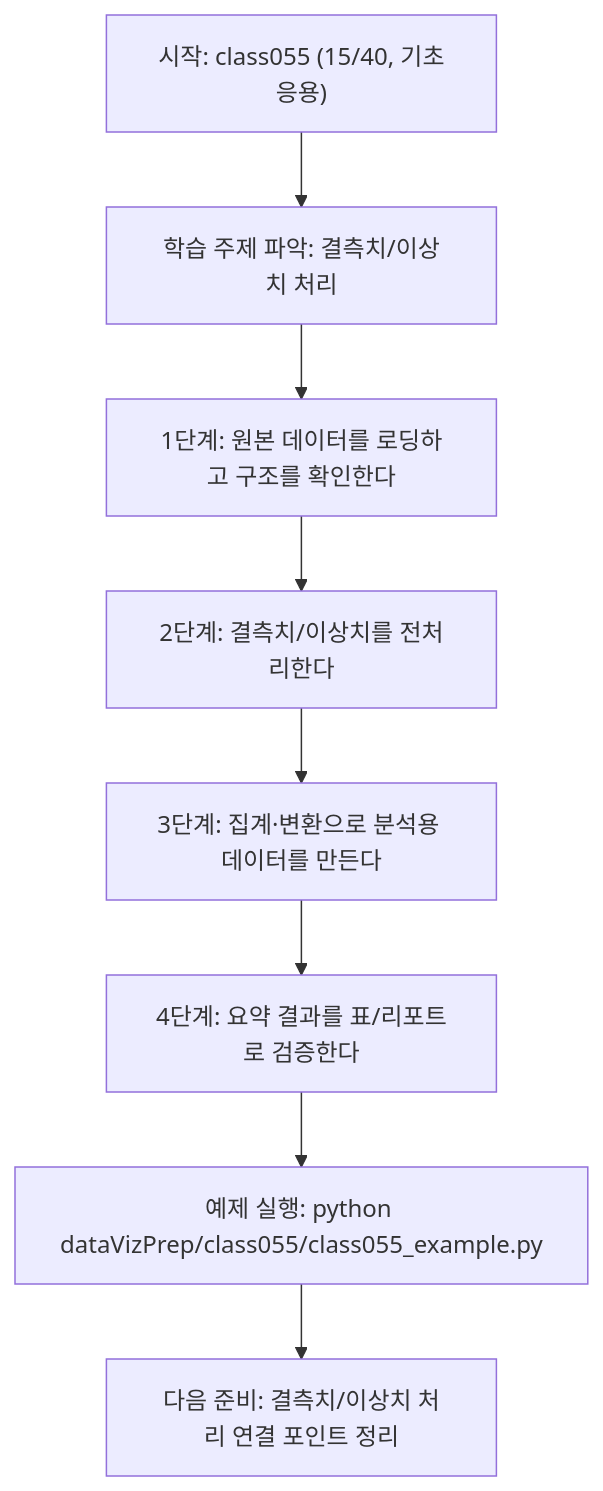
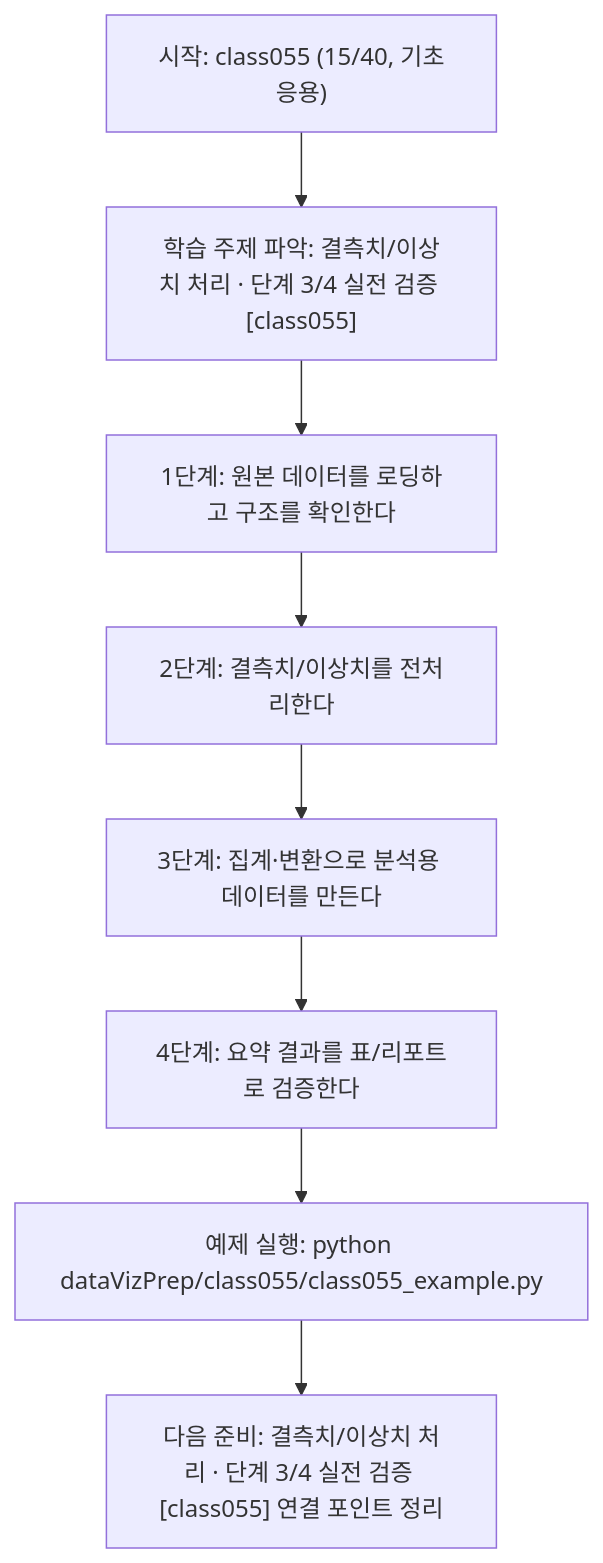
One commit to edumgt/Python-AI_Agent-Class changed the diagram in dataVizPrep/class055/class055.md. Above: the diagram before and after it, drawn with Mermaid. The commit also changed other lines of this file and 522 other files, not shown here.

````diff
--- a/dataVizPrep/class055/class055.md
+++ b/dataVizPrep/class055/class055.md
@@ -110,18 +111,18 @@
 ```mermaid
 flowchart TD
 N1["시작: class055 (15/40, 기초응용)"]
-N2["학습 주제 파악: 결측치/이상치 처리"]
+N2["학습 주제 파악: 결측치/이상치 처리 · 단계 3/4 실전 검증 [class055]"]
 N3["1단계: 원본 데이터를 로딩하고 구조를 확인한다"]
 N4["2단계: 결측치/이상치를 전처리한다"]
 N5["3단계: 집계·변환으로 분석용 데이터를 만든다"]
 N6["4단계: 요약 결과를 표/리포트로 검증한다"]
 N7["예제 실행: python dataVizPrep/class055/class055_example.py"]
-N8["다음 준비: 결측치/이상치 처리 연결 포인트 정리"]
+N8["다음 준비: 결측치/이상치 처리 · 단계 3/4 실전 검증 [class055] 연결 포인트 정리"]
 N1 --> N2
 N2 --> N3
 N3 --> N4
 N4 --> N5
 N5 --> N6
 N6 --> N7
 N7 --> N8
 ```
````
